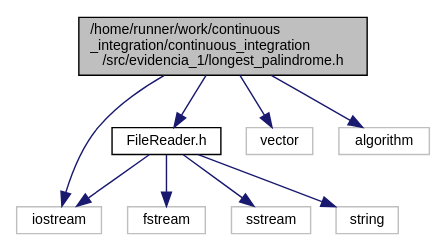
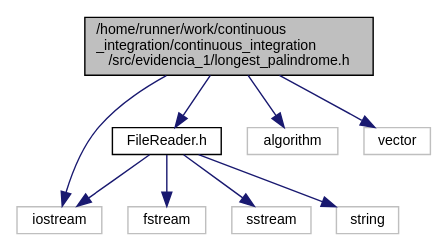
One commit to Oscar-gg/continuous_integration changed the diagram in longest__palindrome_8h__incl.dot. Above: the diagram before and after it, drawn with Graphviz. The commit also changed 9 other files, not shown here.

```diff
--- a/longest__palindrome_8h__incl.dot
+++ b/longest__palindrome_8h__incl.dot
@@ -1,22 +1,22 @@
 digraph "/home/runner/work/continuous_integration/continuous_integration/src/evidencia_1/longest_palindrome.h"
 {
  // LATEX_PDF_SIZE
   edge [fontname="Helvetica",fontsize="10",labelfontname="Helvetica",labelfontsize="10"];
   node [fontname="Helvetica",fontsize="10",shape=record];
   Node1 [label="/home/runner/work/continuous\l_integration/continuous_integration\l/src/evidencia_1/longest_palindrome.h",height=0.2,width=0.4,color="black", fillcolor="grey75", style="filled", fontcolor="black",tooltip=" "];
   Node1 -> Node2 [color="midnightblue",fontsize="10",style="solid",fontname="Helvetica"];
   Node2 [label="FileReader.h",height=0.2,width=0.4,color="black", fillcolor="white", style="filled",URL="$FileReader_8h.html",tooltip=" "];
   Node2 -> Node3 [color="midnightblue",fontsize="10",style="solid",fontname="Helvetica"];
-  Node3 [label="iostream",height=0.2,width=0.4,color="grey75", fillcolor="white", style="filled",tooltip=" "];
+  Node3 [label="fstream",height=0.2,width=0.4,color="grey75", fillcolor="white", style="filled",tooltip=" "];
   Node2 -> Node4 [color="midnightblue",fontsize="10",style="solid",fontname="Helvetica"];
-  Node4 [label="fstream",height=0.2,width=0.4,color="grey75", fillcolor="white", style="filled",tooltip=" "];
+  Node4 [label="iostream",height=0.2,width=0.4,color="grey75", fillcolor="white", style="filled",tooltip=" "];
   Node2 -> Node5 [color="midnightblue",fontsize="10",style="solid",fontname="Helvetica"];
   Node5 [label="sstream",height=0.2,width=0.4,color="grey75", fillcolor="white", style="filled",tooltip=" "];
   Node2 -> Node6 [color="midnightblue",fontsize="10",style="solid",fontname="Helvetica"];
   Node6 [label="string",height=0.2,width=0.4,color="grey75", fillcolor="white", style="filled",tooltip=" "];
-  Node1 -> Node3 [color="midnightblue",fontsize="10",style="solid",fontname="Helvetica"];
   Node1 -> Node7 [color="midnightblue",fontsize="10",style="solid",fontname="Helvetica"];
-  Node7 [label="vector",height=0.2,width=0.4,color="grey75", fillcolor="white", style="filled",tooltip=" "];
+  Node7 [label="algorithm",height=0.2,width=0.4,color="grey75", fillcolor="white", style="filled",tooltip=" "];
+  Node1 -> Node4 [color="midnightblue",fontsize="10",style="solid",fontname="Helvetica"];
   Node1 -> Node8 [color="midnightblue",fontsize="10",style="solid",fontname="Helvetica"];
-  Node8 [label="algorithm",height=0.2,width=0.4,color="grey75", fillcolor="white", style="filled",tooltip=" "];
+  Node8 [label="vector",height=0.2,width=0.4,color="grey75", fillcolor="white", style="filled",tooltip=" "];
 }
```
